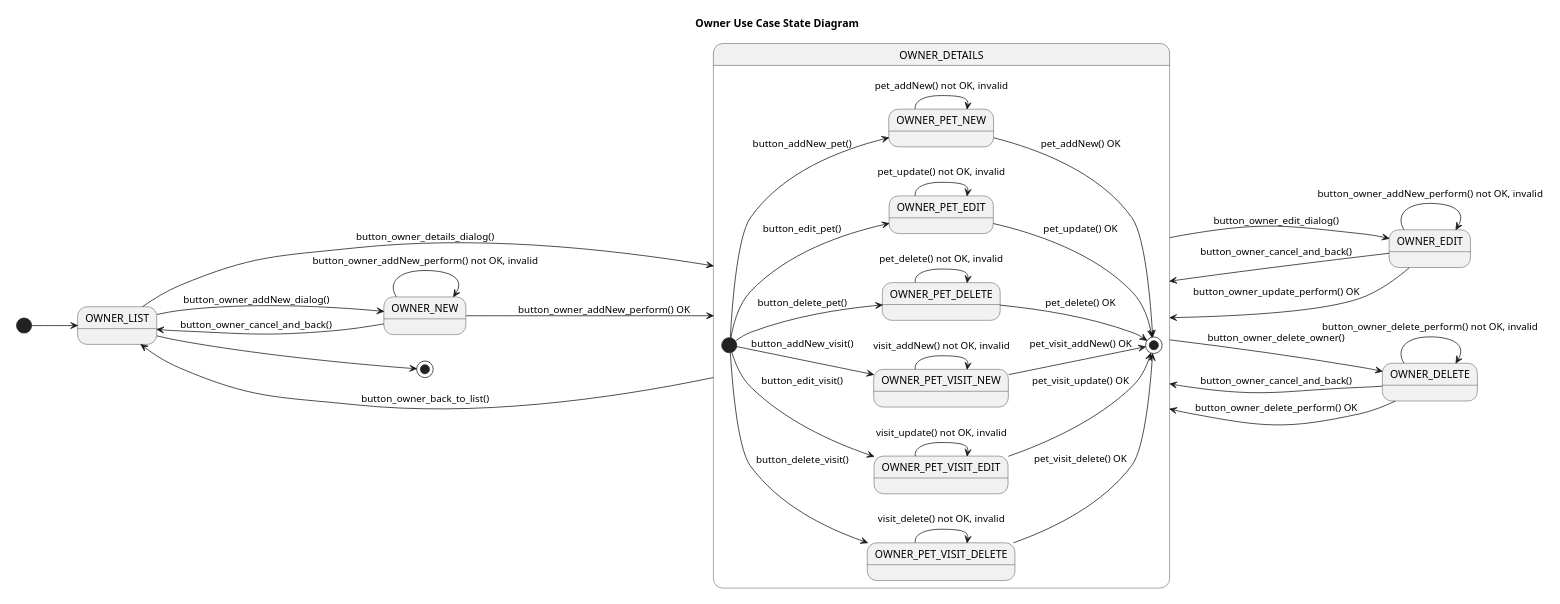
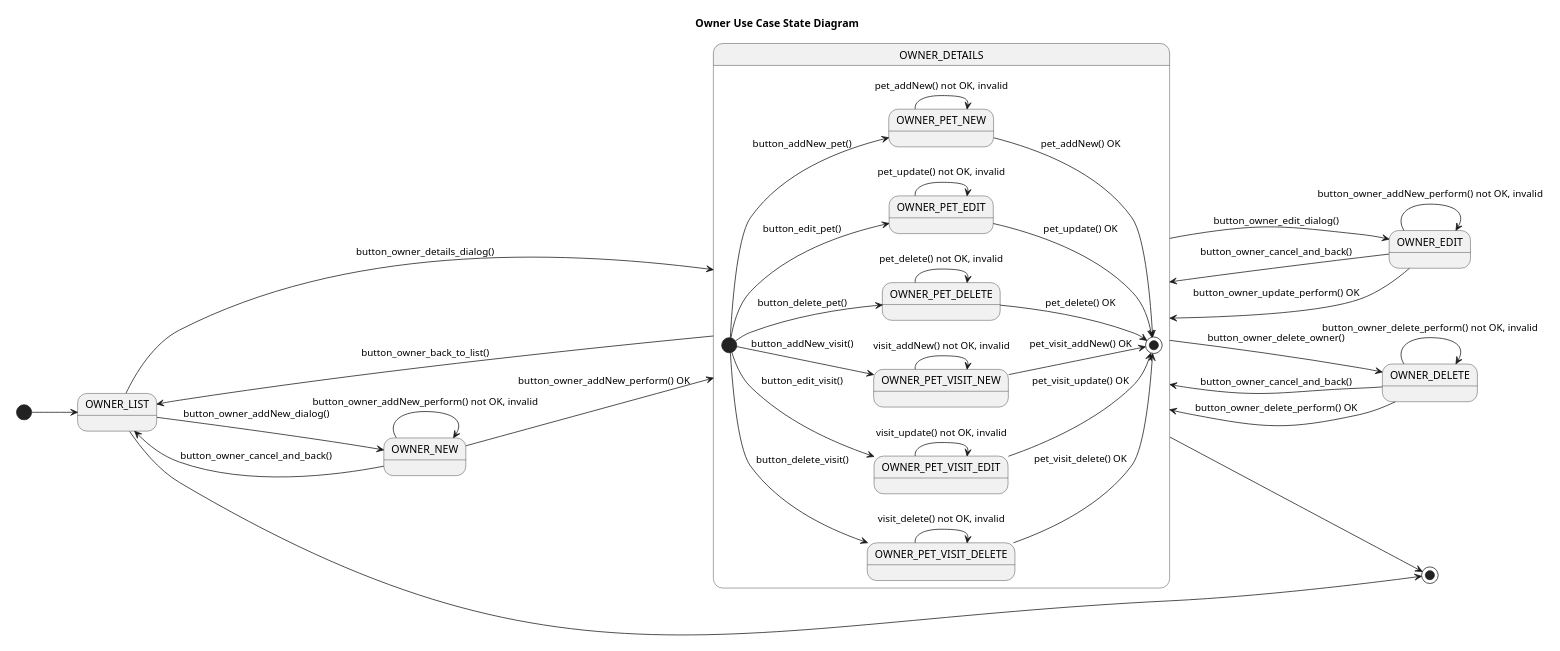
The diagram in puml/owner/concept/Owner__UseCases__State.puml (Jakarta-EE-Petclinic/petclinic-uml), drawn with PlantUML before and after one commit. The commit also changed 4 other files, not shown here.

```diff
--- a/puml/owner/concept/Owner__UseCases__State.puml
+++ b/puml/owner/concept/Owner__UseCases__State.puml
@@ -1,85 +1,86 @@
 @startuml
 
 title Owner Use Case State Diagram
 
 'https://plantuml.com/state-diagram
 
 left to right direction
 'top to bottom direction
 
 scale 1000 width
 
 [*] --> OWNER_LIST
 
 OWNER_LIST --> OWNER_DETAILS: button_owner_details_dialog()
 OWNER_DETAILS --> OWNER_LIST: button_owner_back_to_list()
 
 OWNER_LIST --> OWNER_NEW :   button_owner_addNew_dialog()
 OWNER_NEW --> OWNER_LIST:    button_owner_cancel_and_back()
 OWNER_NEW --> OWNER_DETAILS: button_owner_addNew_perform() OK
 
 OWNER_DETAILS --> OWNER_EDIT: button_owner_edit_dialog()
 OWNER_EDIT --> OWNER_DETAILS: button_owner_cancel_and_back()
 OWNER_EDIT --> OWNER_DETAILS: button_owner_update_perform() OK
 
 OWNER_DETAILS --> OWNER_DELETE: button_owner_delete_owner()
 OWNER_DELETE --> OWNER_DETAILS: button_owner_cancel_and_back()
 OWNER_DELETE --> OWNER_DETAILS: button_owner_delete_perform() OK
 
 state OWNER_DETAILS {
 
     [*] --> OWNER_PET_NEW: button_addNew_pet()
     state OWNER_PET_NEW {
         OWNER_PET_NEW --> OWNER_PET_NEW : pet_addNew() not OK, invalid
     }
     OWNER_PET_NEW --> [*] : pet_addNew() OK
 
 
     [*] --> OWNER_PET_EDIT: button_edit_pet()
     state OWNER_PET_EDIT {
         OWNER_PET_EDIT --> OWNER_PET_EDIT : pet_update() not OK, invalid
     }
     OWNER_PET_EDIT --> [*] : pet_update() OK
 
 
     [*] --> OWNER_PET_DELETE: button_delete_pet()
     state OWNER_PET_DELETE {
         OWNER_PET_DELETE --> OWNER_PET_DELETE: pet_delete() not OK, invalid
     }
     OWNER_PET_DELETE --> [*]: pet_delete() OK
 
 
     [*] --> OWNER_PET_VISIT_NEW: button_addNew_visit()
     state OWNER_PET_VISIT_NEW {
         OWNER_PET_VISIT_NEW --> OWNER_PET_VISIT_NEW : visit_addNew() not OK, invalid
     }
     OWNER_PET_VISIT_NEW --> [*] : pet_visit_addNew() OK
 
 
     [*] --> OWNER_PET_VISIT_EDIT: button_edit_visit()
     state OWNER_PET_VISIT_EDIT {
         OWNER_PET_VISIT_EDIT --> OWNER_PET_VISIT_EDIT : visit_update() not OK, invalid
     }
     OWNER_PET_VISIT_EDIT --> [*] : pet_visit_update() OK
 
 
     [*] --> OWNER_PET_VISIT_DELETE: button_delete_visit()
     state OWNER_PET_VISIT_DELETE {
         OWNER_PET_VISIT_DELETE --> OWNER_PET_VISIT_DELETE: visit_delete() not OK, invalid
     }
     OWNER_PET_VISIT_DELETE --> [*]: pet_visit_delete() OK
 
 }
 state OWNER_EDIT {
     OWNER_EDIT --> OWNER_EDIT: button_owner_addNew_perform() not OK, invalid
 }
 state OWNER_DELETE {
     OWNER_DELETE --> OWNER_DELETE: button_owner_delete_perform() not OK, invalid
 }
 state OWNER_NEW {
     OWNER_NEW --> OWNER_NEW : button_owner_addNew_perform() not OK, invalid
 }
 
 OWNER_LIST --> [*]
+OWNER_DETAILS --> [*]
 
 @enduml
```
